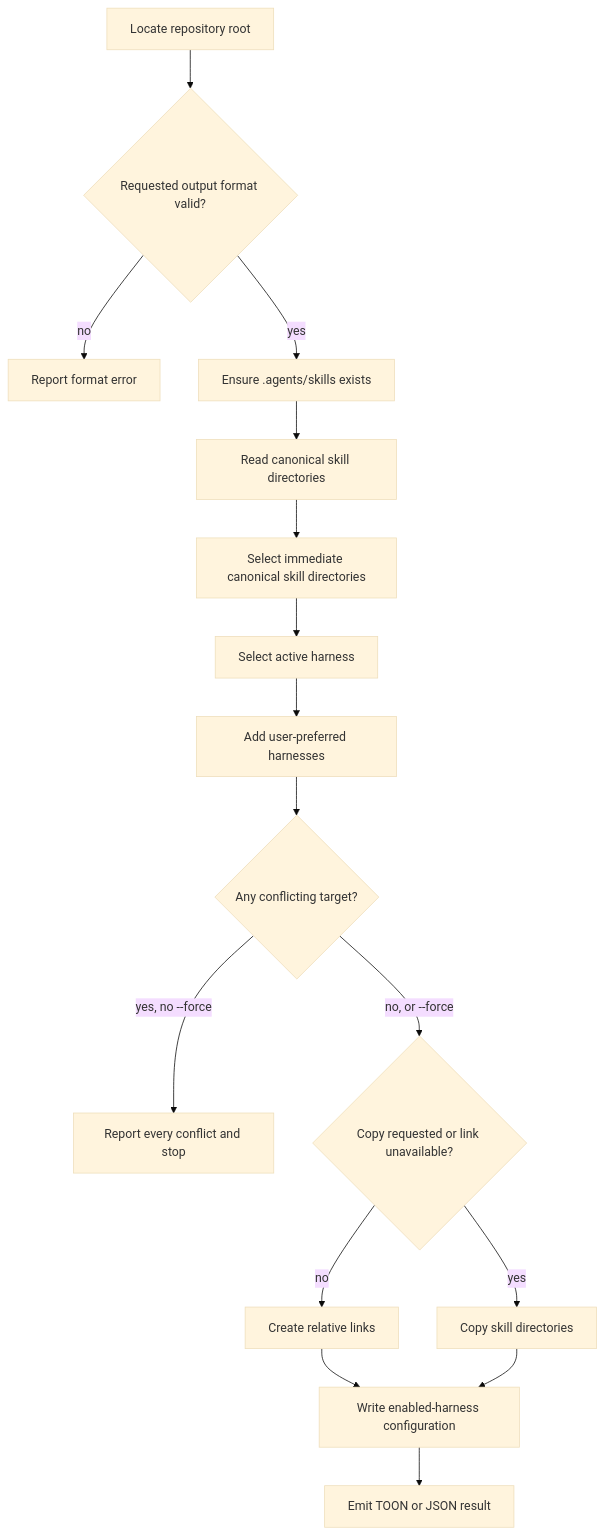
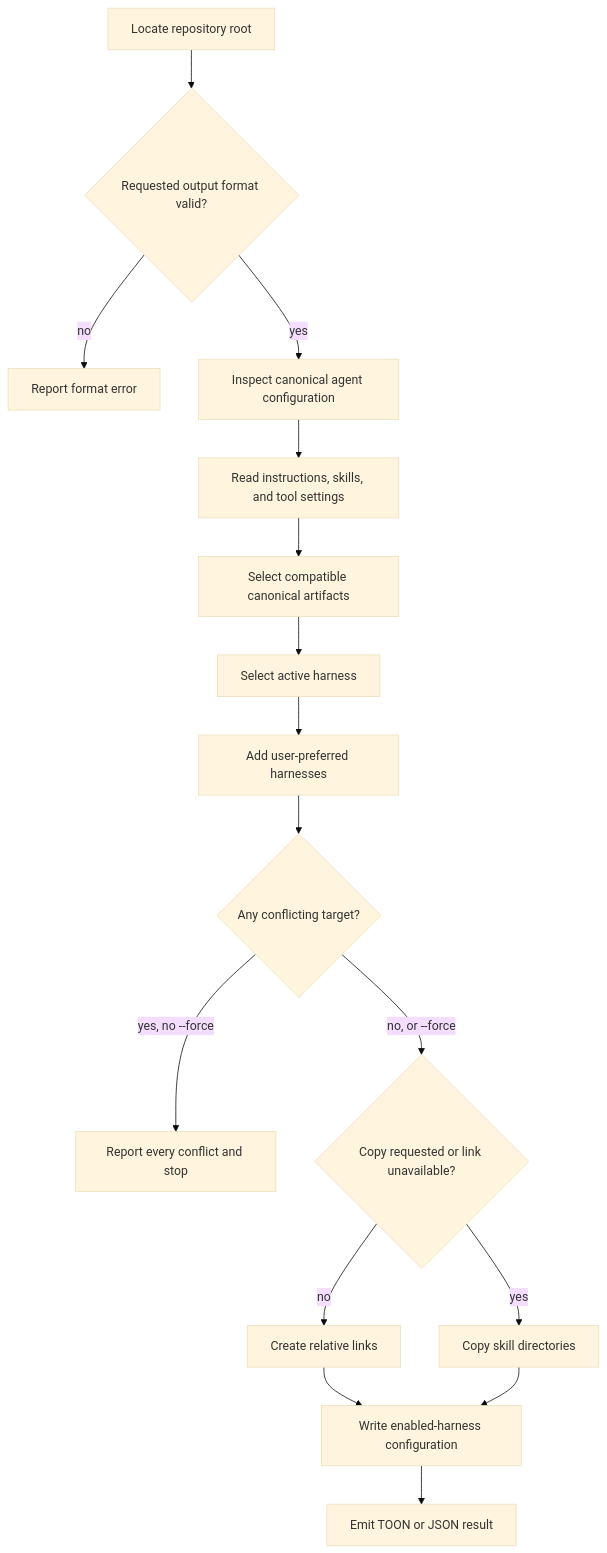
Before and after one commit to repobuddy/buddy-agent-harness: the diagram in packages/buddy-agent-harness/.agents/spec/skills/harness-init/README.md, drawn with Mermaid (base theme). The commit also changed other lines of this file and 17 other files, not shown here.

````diff
--- a/packages/buddy-agent-harness/.agents/spec/skills/harness-init/README.md
+++ b/packages/buddy-agent-harness/.agents/spec/skills/harness-init/README.md
@@ -31,18 +33,18 @@
 ```mermaid
 flowchart TD
   A[Locate repository root] --> B{Requested output format valid?}
   B -->|no| C[Report format error]
-  B -->|yes| D[Ensure .agents/skills exists]
-  D --> E[Read canonical skill directories]
-  E --> F[Select immediate canonical skill directories]
+  B -->|yes| D[Inspect canonical agent configuration]
+  D --> E[Read instructions, skills, and tool settings]
+  E --> F[Select compatible canonical artifacts]
   F --> G[Select active harness]
   G --> H[Add user-preferred harnesses]
   H --> I{Any conflicting target?}
   I -->|yes, no --force| J[Report every conflict and stop]
   I -->|no, or --force| K{Copy requested or link unavailable?}
   K -->|no| L[Create relative links]
   K -->|yes| M[Copy skill directories]
   L --> N[Write enabled-harness configuration]
   M --> N
   N --> O[Emit TOON or JSON result]
 ```
````
